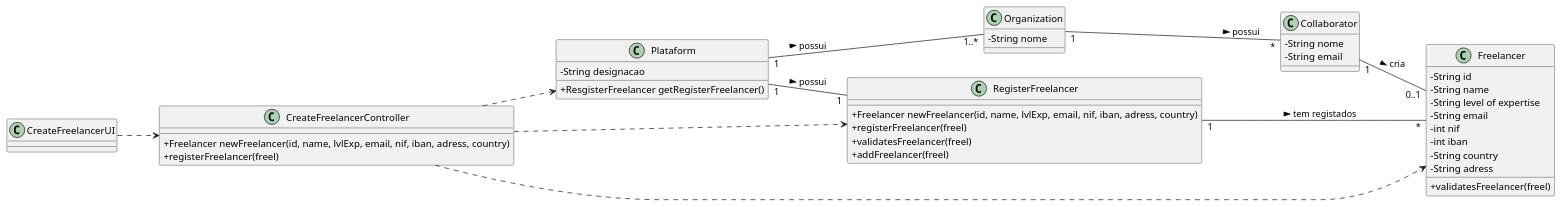
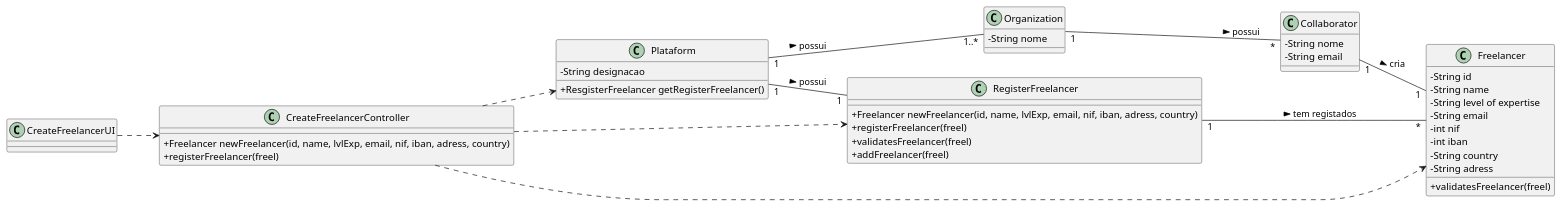
Before and after one commit to pedrolemos4/LAPR2: the diagram in docs/UC1 - Create Freelancer/UC1_CD.puml, drawn with PlantUML. The commit also changed 3 other files, not shown here.

```diff
--- a/docs/UC1 - Create Freelancer/UC1_CD.puml
+++ b/docs/UC1 - Create Freelancer/UC1_CD.puml
@@ -1,66 +1,66 @@
 @startuml
 skinparam classAttributeIconSize 0
 
 left to right direction
 
 class CreateFreelancerUI {
     
 }
 
 class CreateFreelancerController {
   +Freelancer newFreelancer(id, name, lvlExp, email, nif, iban, adress, country)
   +registerFreelancer(freel) 
 }
 
 class Plataform {
   -String designacao
   +ResgisterFreelancer getRegisterFreelancer()
 }
 
 class RegisterFreelancer {
   +Freelancer newFreelancer(id, name, lvlExp, email, nif, iban, adress, country)
   +registerFreelancer(freel)
   +validatesFreelancer(freel)
   +addFreelancer(freel)
   
 }
 
 class Freelancer {
   -String id
   -String name
   -String level of expertise
   -String email
   -int nif
   -int iban
   -String country
   -String adress
   +validatesFreelancer(freel)
 }
 
 class Collaborator {
   -String nome
   -String email
 }
 
 class Organization {
   -String nome 
 }
 
 
 
 Organization "1" -- "*" Collaborator : possui >
 
-Collaborator "1" -- "0..1" Freelancer : cria >
+Collaborator "1" -- "1" Freelancer : cria >
 
 Plataform "1" -- "1..*" Organization : possui >
 Plataform "1" -- "1" RegisterFreelancer : possui >
 
 CreateFreelancerUI ..> CreateFreelancerController
 CreateFreelancerController ..> Plataform
 CreateFreelancerController ..> RegisterFreelancer
 CreateFreelancerController ..> Freelancer
 
 RegisterFreelancer "1" -- "*" Freelancer : tem registados >
 
 
 @enduml
```
